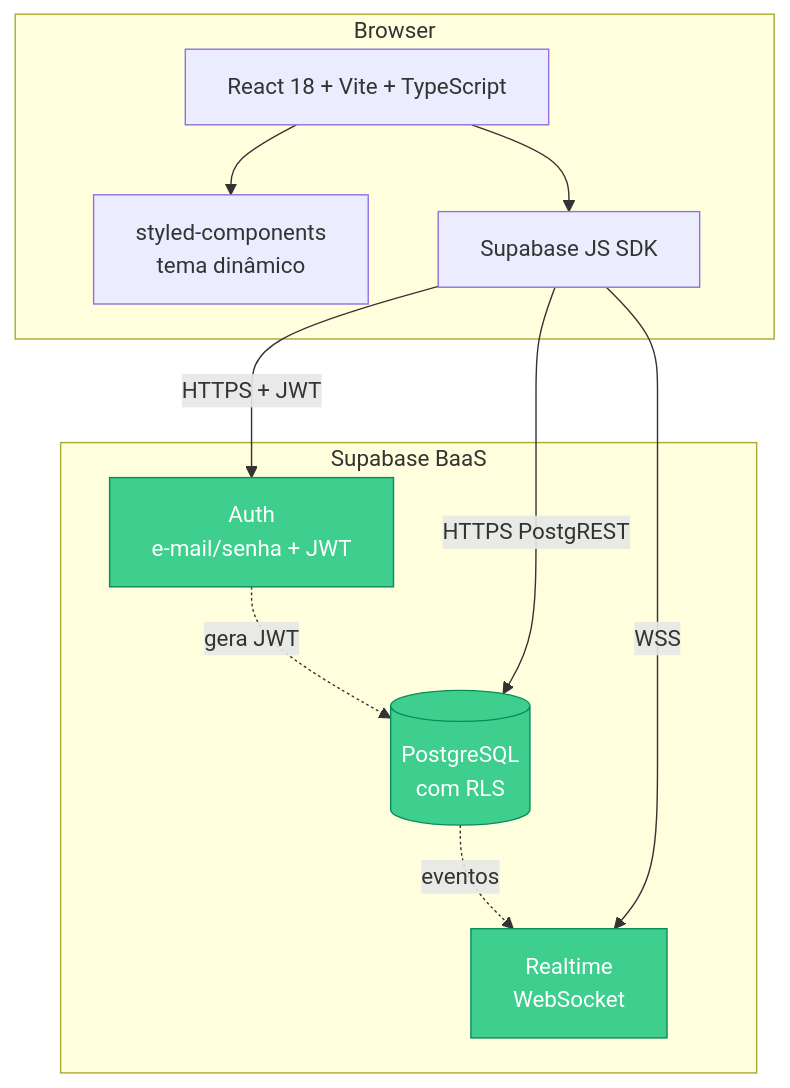
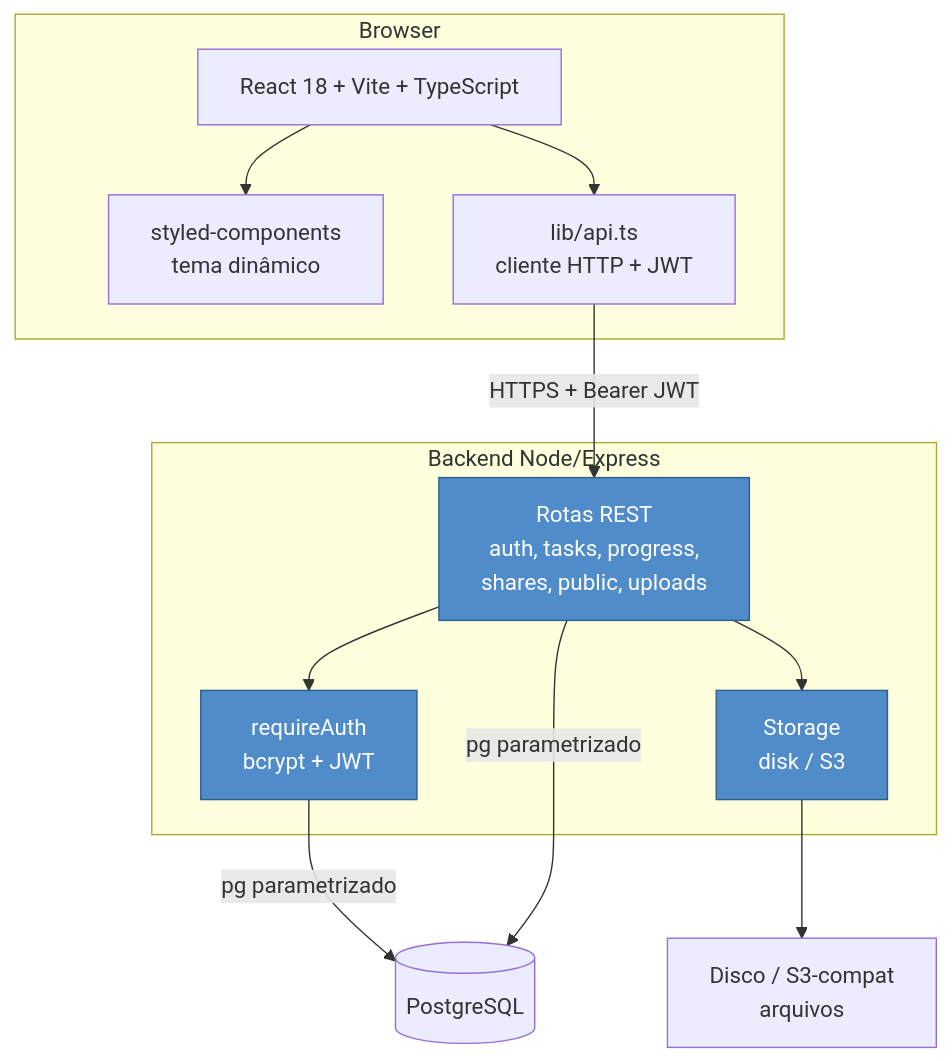
Before and after one commit to Kauapy/taskflow: the first of 4 diagrams in docs/ARQUITETURA.md, drawn with Mermaid. The commit also changed other lines of this file and 4 other files, not shown here.

````diff
--- a/docs/ARQUITETURA.md
+++ b/docs/ARQUITETURA.md
@@ -5,26 +5,29 @@
 ```mermaid
 graph TB
   subgraph Browser
     UI[React 18 + Vite + TypeScript]
     SC[styled-components<br/>tema dinâmico]
-    SDK[Supabase JS SDK]
+    API[lib/api.ts<br/>cliente HTTP + JWT]
     UI --> SC
-    UI --> SDK
+    UI --> API
   end
 
-  subgraph Supabase[Supabase BaaS]
-    AUTH[Auth<br/>e-mail/senha + JWT]
-    DB[(PostgreSQL<br/>com RLS)]
-    RT[Realtime<br/>WebSocket]
-
-    AUTH -.gera JWT.-> DB
-    DB -.eventos.-> RT
+  subgraph Backend[Backend Node/Express]
+    R[Rotas REST<br/>auth, tasks, progress,<br/>shares, public, uploads]
+    MW[requireAuth<br/>bcrypt + JWT]
+    ST[Storage<br/>disk / S3]
+    R --> MW
+    R --> ST
   end
 
-  SDK -->|HTTPS + JWT| AUTH
-  SDK -->|HTTPS PostgREST| DB
-  SDK -->|WSS| RT
+  DB[(PostgreSQL)]
+  FS[Disco / S3-compat<br/>arquivos]
 
-  classDef baas fill:#3ecf8e,stroke:#0a8b5a,color:#fff;
-  class AUTH,DB,RT baas;
+  API -->|HTTPS + Bearer JWT| R
+  MW -->|pg parametrizado| DB
+  R -->|pg parametrizado| DB
+  ST --> FS
+
+  classDef be fill:#4f8cc9,stroke:#2c5f8a,color:#fff;
+  class R,MW,ST be;
 ```
````
